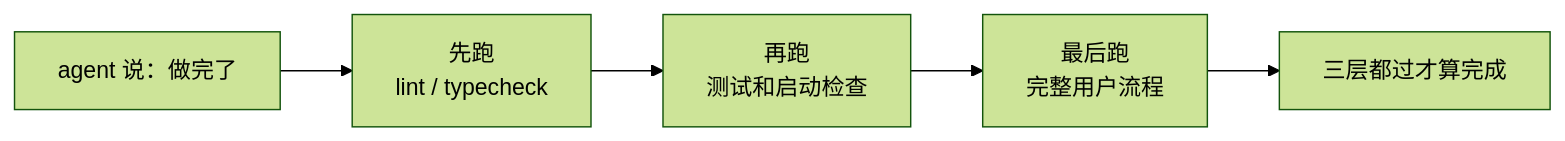
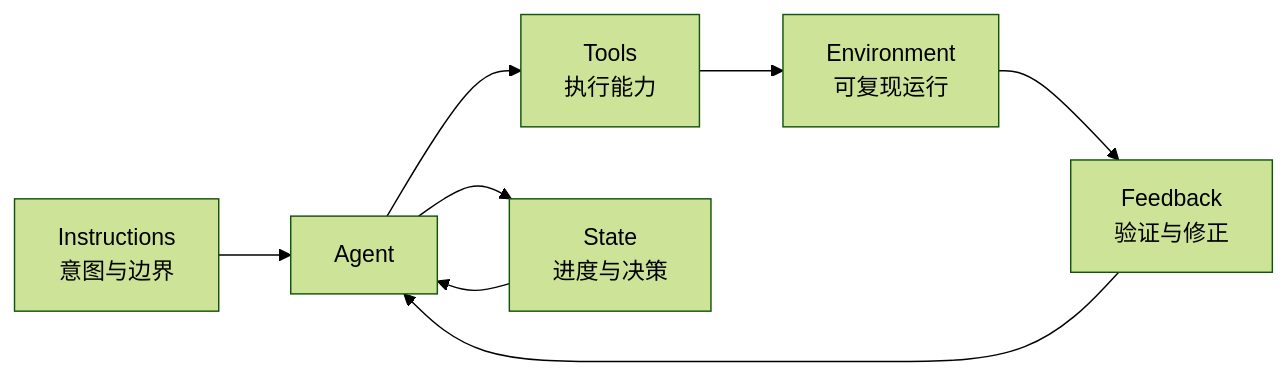
Before and after one commit to lichenbuliren/harness-vibe-coding-study: the first of 2 diagrams in docs/learning-harness-summary.md, drawn with Mermaid (forest theme). The commit also changed other lines of this file and 5 other files, not shown here.

````diff
--- a/docs/learning-harness-summary.md
+++ b/docs/learning-harness-summary.md
@@ -665,10 +47,16 @@
 ```mermaid
 flowchart LR
-    A["agent 说：做完了"]
-    B["先跑<br/>lint / typecheck"]
-    C["再跑<br/>测试和启动检查"]
-    D["最后跑<br/>完整用户流程"]
-    E["三层都过才算完成"]
-
-    A --> B --> C --> D --> E
+    I["Instructions<br/>意图与边界"]
+    T["Tools<br/>执行能力"]
+    E["Environment<br/>可复现运行"]
+    S["State<br/>进度与决策"]
+    F["Feedback<br/>验证与修正"]
+    A["Agent"]
+    I --> A
+    S --> A
+    A --> T
+    T --> E
+    E --> F
+    F --> A
+    A --> S
 ```
````
